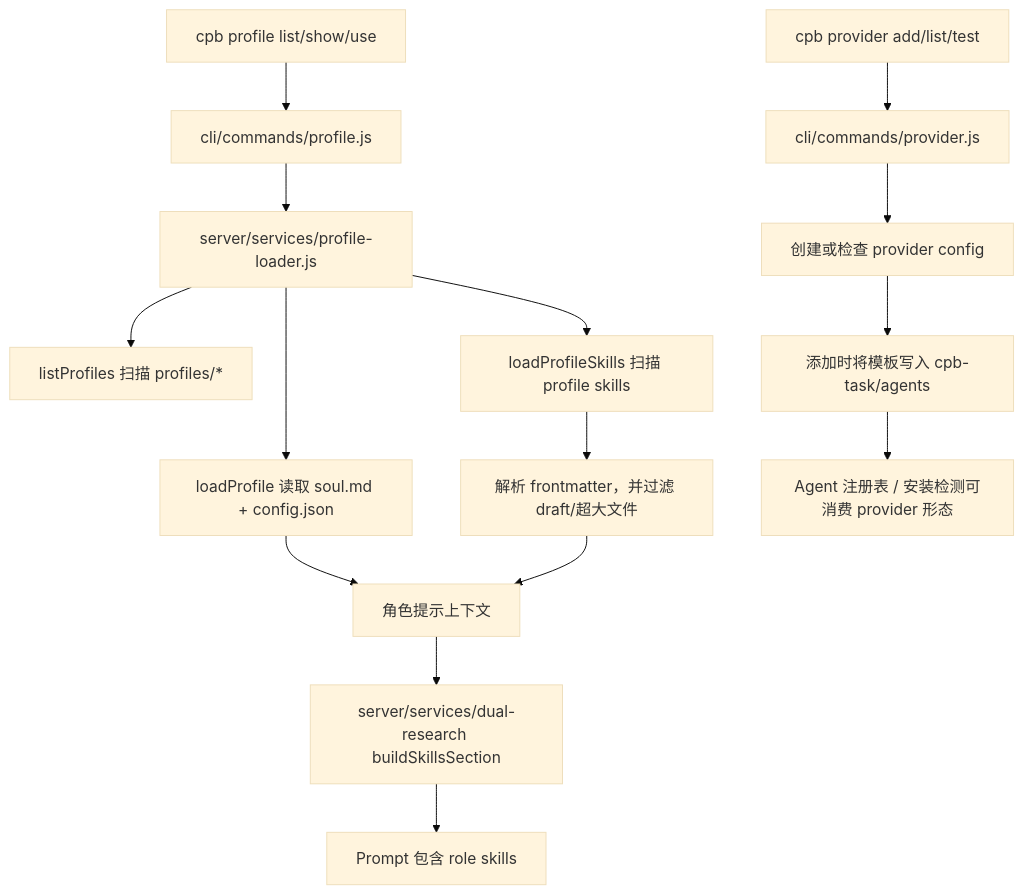
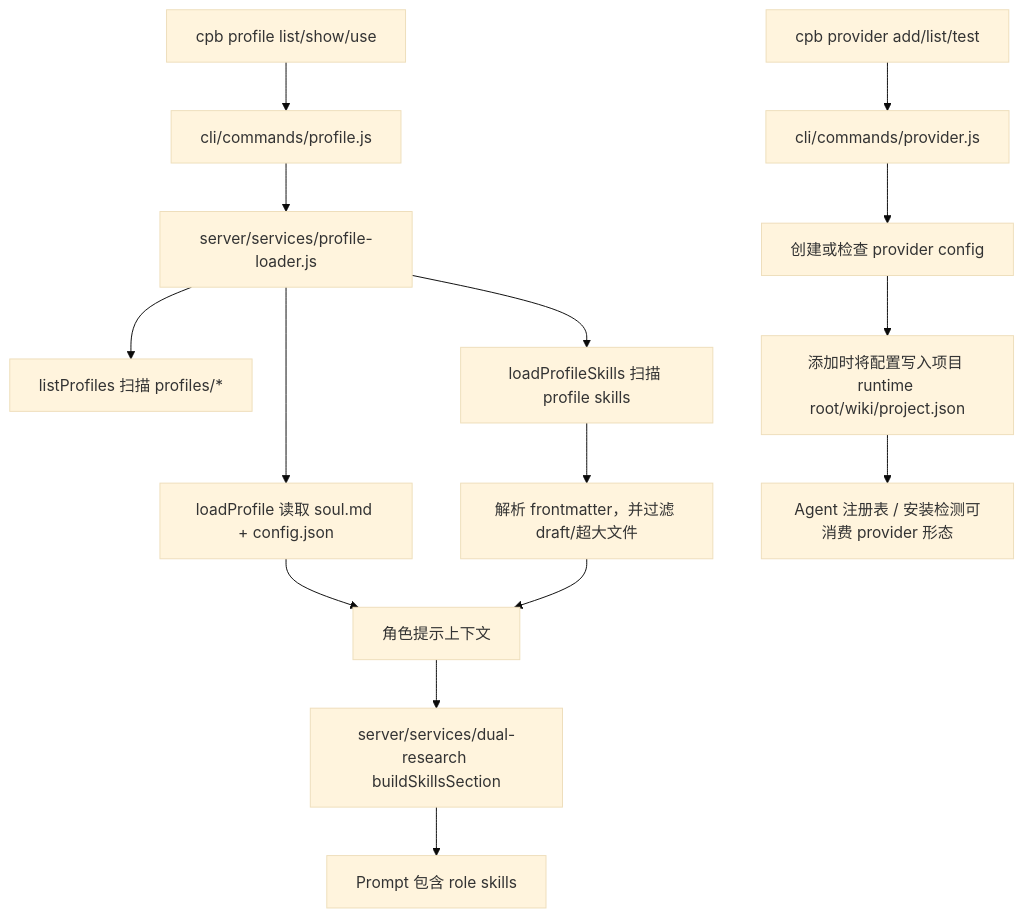
Diagram 20 of 21 in docs/architecture/unit-flowcharts.md (changw98ic/codepatchbay), drawn with Mermaid (base theme) before and after one commit. The commit also changed other lines of this file and 169 other files, not shown here.

````diff
--- a/docs/architecture/unit-flowcharts.md
+++ b/docs/architecture/unit-flowcharts.md
@@ -733,19 +732,19 @@
 ```mermaid
 flowchart TD
   A["cpb profile list/show/use"] --> B["cli/commands/profile.js"]
   B --> C["server/services/profile-loader.js"]
   C --> D["listProfiles 扫描 profiles/*"]
   C --> E["loadProfile 读取 soul.md + config.json"]
   C --> F["loadProfileSkills 扫描 profile skills"]
   F --> G["解析 frontmatter，并过滤 draft/超大文件"]
   E --> H["角色提示上下文"]
   G --> H
 
   I["cpb provider add/list/test"] --> J["cli/commands/provider.js"]
   J --> K["创建或检查 provider config"]
-  K --> L["添加时将模板写入 cpb-task/agents"]
+  K --> L["添加时将配置写入项目 runtime root/wiki/project.json"]
   L --> M["Agent 注册表 / 安装检测可消费 provider 形态"]
 
   H --> N["server/services/dual-research buildSkillsSection"]
   N --> O["Prompt 包含 role skills"]
 ```
````
